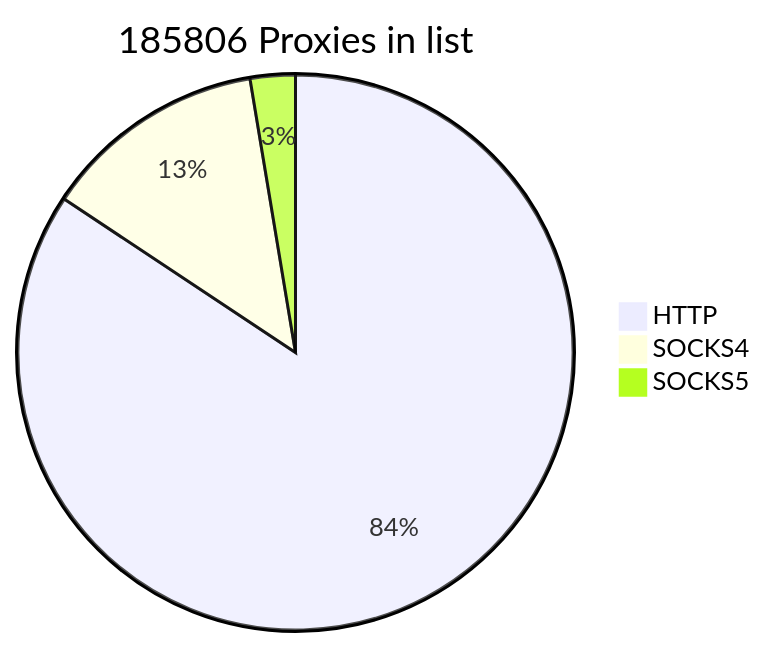
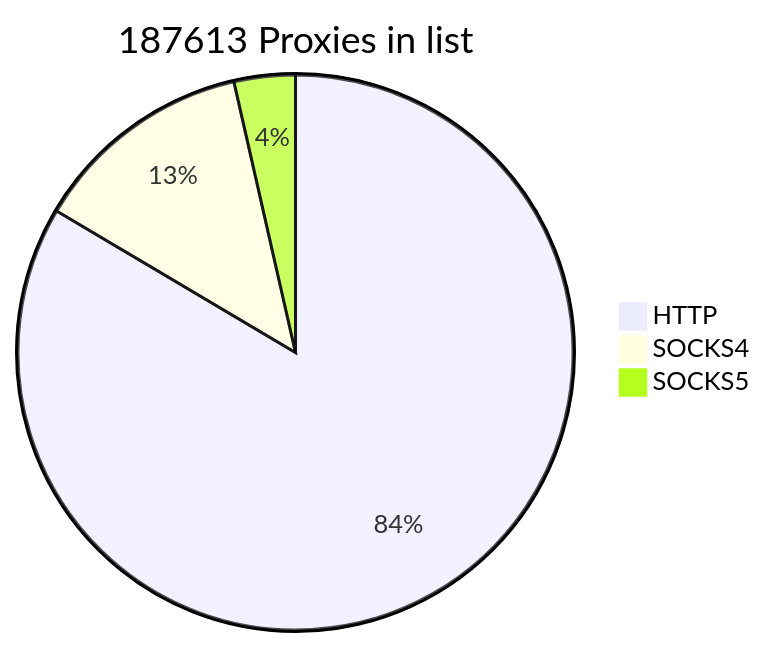
One commit to cutipu/proxylist changed the first of 2 diagrams in README.md. Above: the diagram before and after it, drawn with Mermaid. The commit also changed other lines of this file, not shown here.

````diff
--- a/README.md
+++ b/README.md
@@ -2,7 +2,7 @@
 ```mermaid
-pie title 185806 Proxies in list
+pie title 187613 Proxies in list
     "HTTP" : 156679
-    "SOCKS4" : 24255
-    "SOCKS5" : 4872
+    "SOCKS4" : 24256
+    "SOCKS5" : 6678
             
 ```
````
